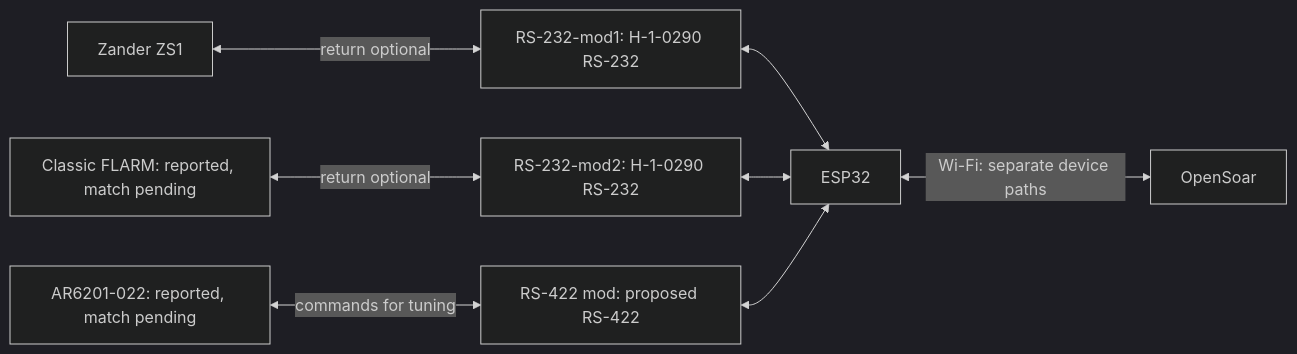
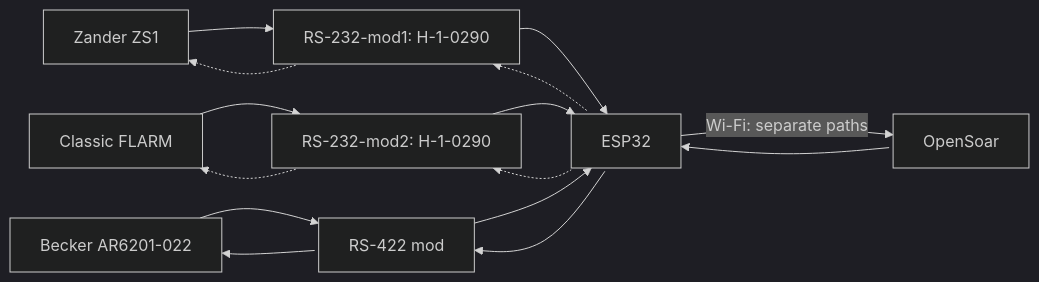
Before and after one commit to MomoRC-tech/Becker-AR6201-to-OpenSoar: the first of 2 diagrams in docs/connections.md, drawn with Mermaid (dark theme). The commit also changed other lines of this file and 2 other files, not shown here.

Commit message:
docs: simplify wiring tables and restore separate arrows

````diff
--- a/docs/connections.md
+++ b/docs/connections.md
@@ -17,10 +15,19 @@
 ```mermaid
 flowchart LR
-    Z[Zander ZS1] <-->|return optional| NZ["RS-232-mod1: H-1-0290 RS-232"]
-    F["Classic FLARM: reported, match pending"] <-->|return optional| NF["RS-232-mod2: H-1-0290 RS-232"]
-    B["AR6201-022: reported, match pending"] <-->|commands for tuning| R["RS-422 mod: proposed RS-422"]
-    NZ <--> E[ESP32]
-    NF <--> E
+    Z[Zander ZS1] --> NZ["RS-232-mod1: H-1-0290"]
+    F["Classic FLARM"] --> NF["RS-232-mod2: H-1-0290"]
+    B["Becker AR6201-022"] --> R["RS-422 mod"]
+    NZ --> E[ESP32]
+    NF --> E
+    R --> E
+    E -->|Wi-Fi: separate paths| O[OpenSoar]
+    %% Keep edge declarations left to right. Return paths draw only the left arrowhead.
+    Z <-.-> NZ
+    F <-.-> NF
+    B <--> R
+    NZ <-.-> E
+    NF <-.-> E
     R <--> E
-    E <-->|Wi-Fi: separate device paths| O[OpenSoar]
+    E <--> O
+    linkStyle 7,8,9,10,11,12,13 marker-end:none
 ```
````
